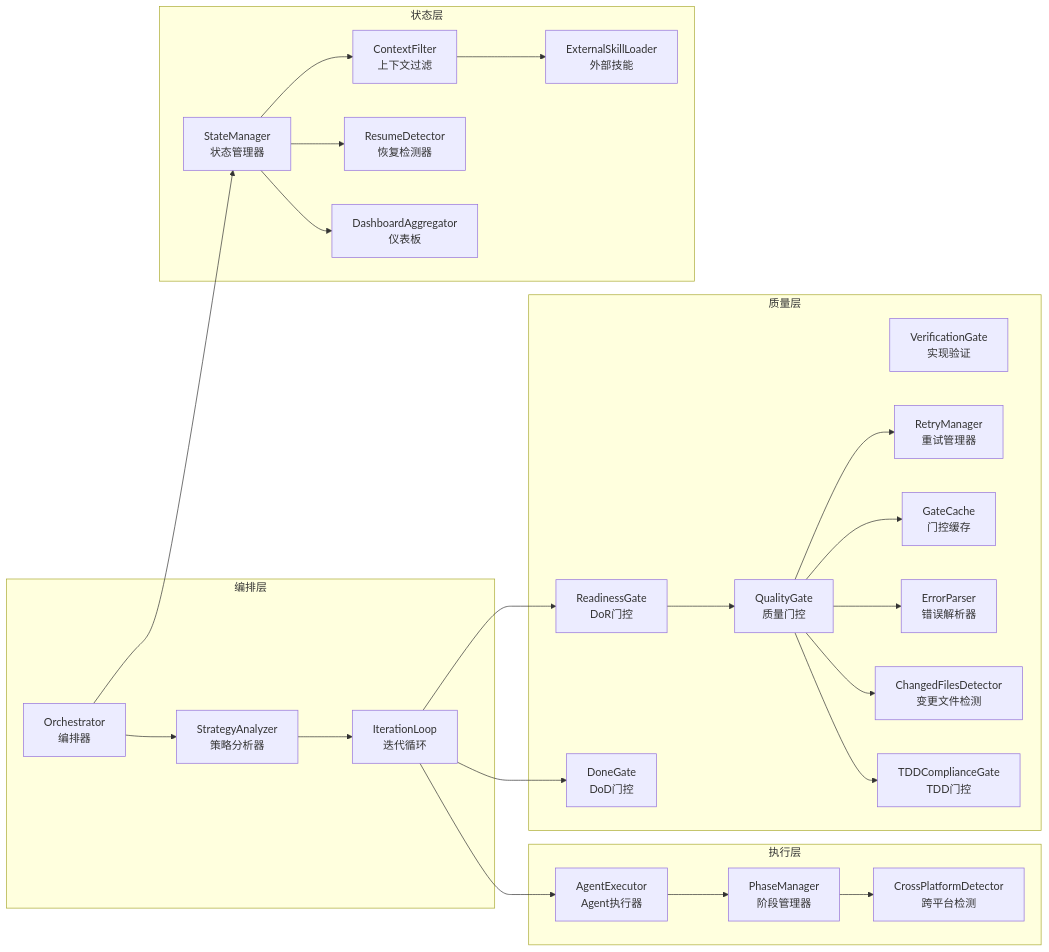
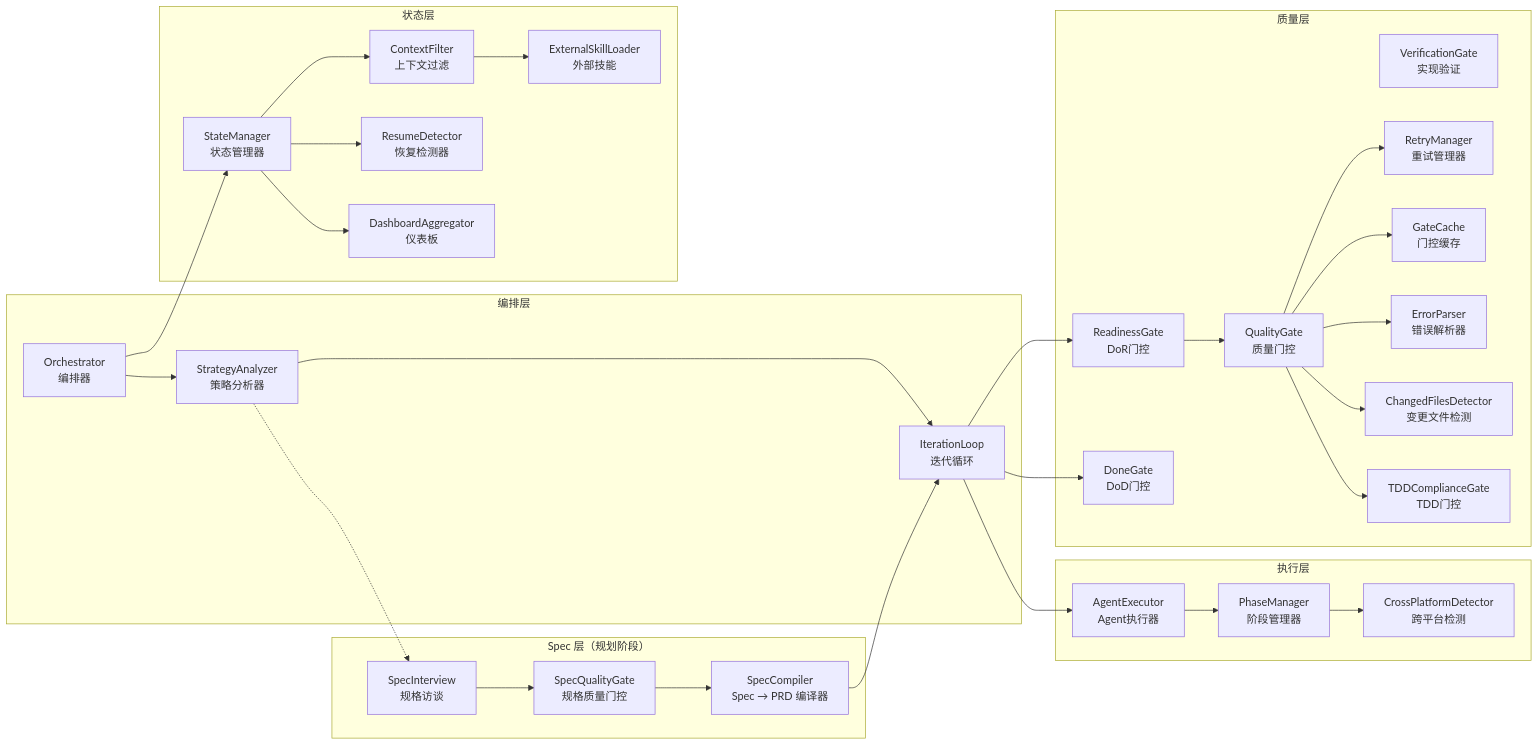
Before and after one commit to Taoidle/plan-cascade: the second of 19 diagrams in docs/System-Architecture_zh.md, drawn with Mermaid. The commit also changed other lines of this file and 47 other files, not shown here.

Commit message:
feat: spec interview workflow + plugin docs

````diff
--- a/docs/System-Architecture_zh.md
+++ b/docs/System-Architecture_zh.md
@@ -87,53 +96,63 @@
 ```mermaid
 graph LR
     subgraph "编排层"
         O[Orchestrator<br/>编排器]
         IL[IterationLoop<br/>迭代循环]
         SA[StrategyAnalyzer<br/>策略分析器]
+    end
+
+    subgraph "Spec 层（规划阶段）"
+        SI[SpecInterview<br/>规格访谈]
+        SQG[SpecQualityGate<br/>规格质量门控]
+        SC[SpecCompiler<br/>Spec → PRD 编译器]
     end
 
     subgraph "执行层"
         AE[AgentExecutor<br/>Agent执行器]
         PM[PhaseManager<br/>阶段管理器]
         CPD[CrossPlatformDetector<br/>跨平台检测]
     end
 
     subgraph "质量层"
         QG[QualityGate<br/>质量门控]
         VG[VerificationGate<br/>实现验证]
         RM[RetryManager<br/>重试管理器]
         GC[GateCache<br/>门控缓存]
         EP[ErrorParser<br/>错误解析器]
         CFD[ChangedFilesDetector<br/>变更文件检测]
         DOR[ReadinessGate<br/>DoR门控]
         DOD[DoneGate<br/>DoD门控]
         TDD[TDDComplianceGate<br/>TDD门控]
     end
 
     subgraph "状态层"
         SM[StateManager<br/>状态管理器]
         CF[ContextFilter<br/>上下文过滤]
         ESL[ExternalSkillLoader<br/>外部技能]
         RD[ResumeDetector<br/>恢复检测器]
         DA[DashboardAggregator<br/>仪表板]
     end
 
     O --> SA
     SA --> IL
+    SA -.-> SI
+    SI --> SQG
+    SQG --> SC
+    SC --> IL
     IL --> AE
     AE --> PM
     PM --> CPD
     IL --> DOR
     DOR --> QG
     QG --> RM
     QG --> GC
     QG --> EP
     QG --> CFD
     QG --> TDD
     IL --> DOD
     O --> SM
     SM --> CF
     SM --> RD
     SM --> DA
     CF --> ESL
 ```
````
